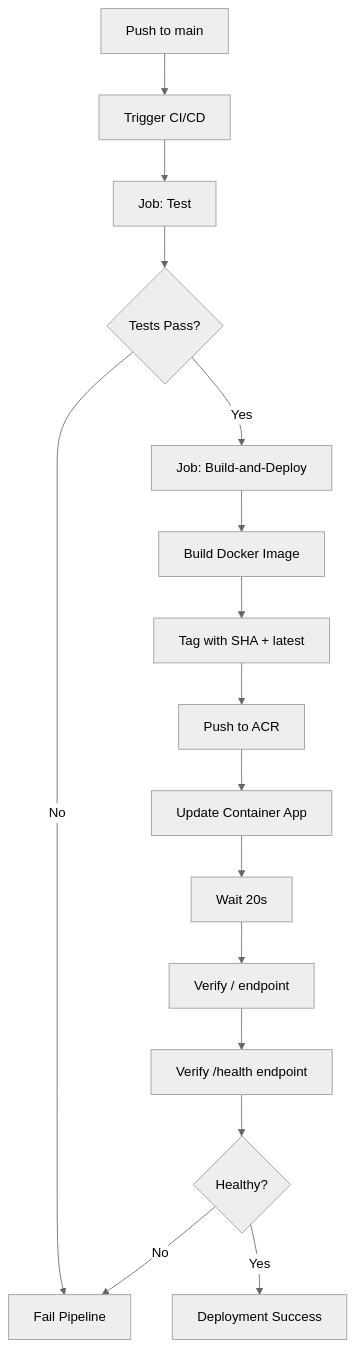
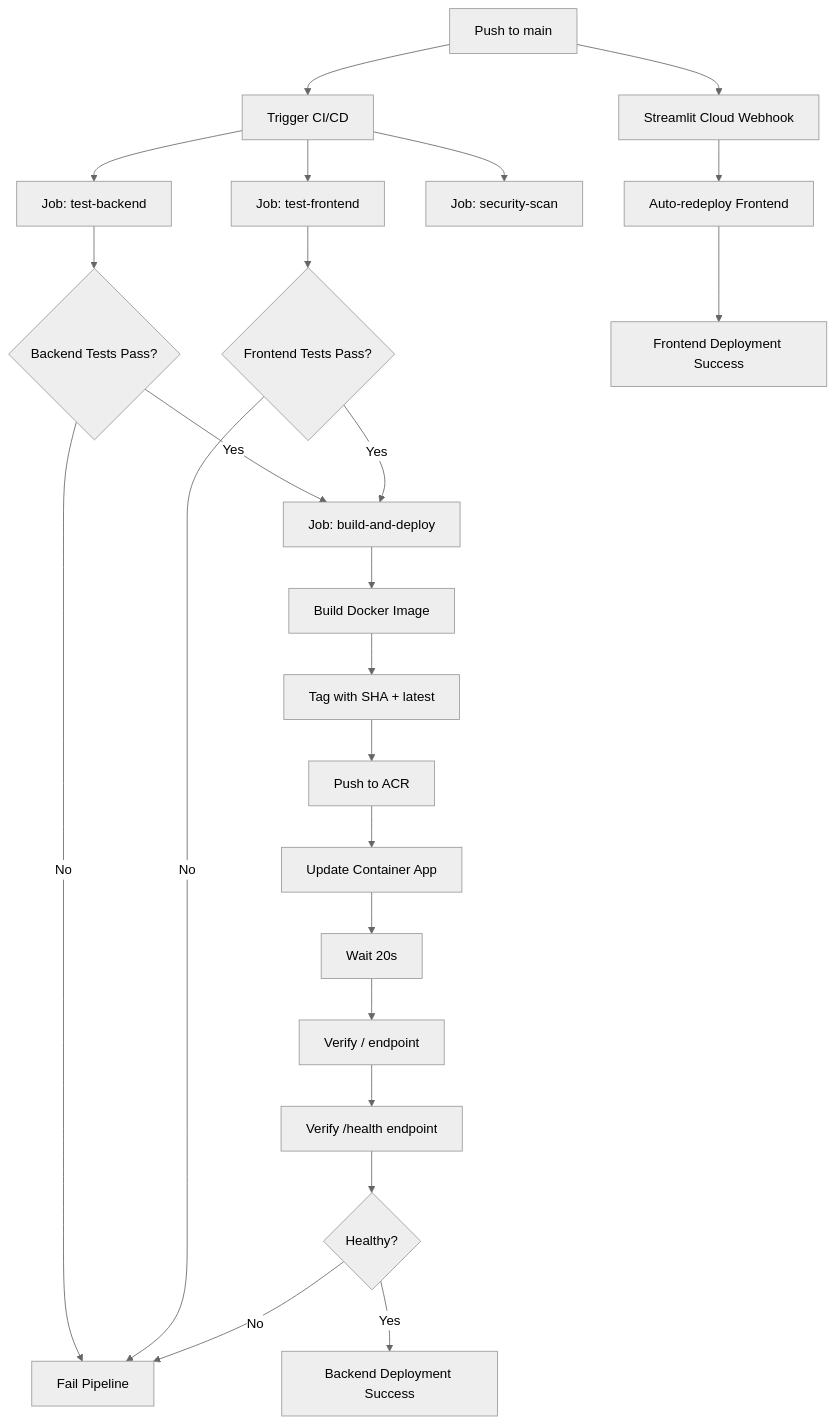
Before and after one commit to abderrahmenyoussef/Ev-Energy-Mlops-Pipeline: the fourth of 4 diagrams in README.md, drawn with Mermaid (neutral theme). The commit also changed other lines of this file and 2 other files, not shown here.

Commit message:
feat: Enhance CI/CD pipeline with backend and frontend tests, security scans, and deployment steps

````diff
--- a/README.md
+++ b/README.md
@@ -633,18 +702,26 @@
 ```mermaid
 flowchart TD
     A[Push to main] --> B[Trigger CI/CD]
-    B --> C[Job: Test]
-    C --> D{Tests Pass?}
-    D -->|No| E[Fail Pipeline]
-    D -->|Yes| F[Job: Build-and-Deploy]
-    F --> G[Build Docker Image]
-    G --> H[Tag with SHA + latest]
-    H --> I[Push to ACR]
-    I --> J[Update Container App]
-    J --> K[Wait 20s]
-    K --> L[Verify / endpoint]
-    L --> M[Verify /health endpoint]
-    M --> N{Healthy?}
-    N -->|Yes| O[Deployment Success]
-    N -->|No| E
+    B --> C[Job: test-backend]
+    B --> D[Job: test-frontend]
+    B --> E[Job: security-scan]
+    C --> F{Backend Tests Pass?}
+    D --> G{Frontend Tests Pass?}
+    F -->|No| H[Fail Pipeline]
+    G -->|No| H
+    F -->|Yes| I[Job: build-and-deploy]
+    G -->|Yes| I
+    I --> J[Build Docker Image]
+    J --> K[Tag with SHA + latest]
+    K --> L[Push to ACR]
+    L --> M[Update Container App]
+    M --> N[Wait 20s]
+    N --> O[Verify / endpoint]
+    O --> P[Verify /health endpoint]
+    P --> Q{Healthy?}
+    Q -->|Yes| R[Backend Deployment Success]
+    Q -->|No| H
+    A --> S[Streamlit Cloud Webhook]
+    S --> T[Auto-redeploy Frontend]
+    T --> U[Frontend Deployment Success]
 ```
````
